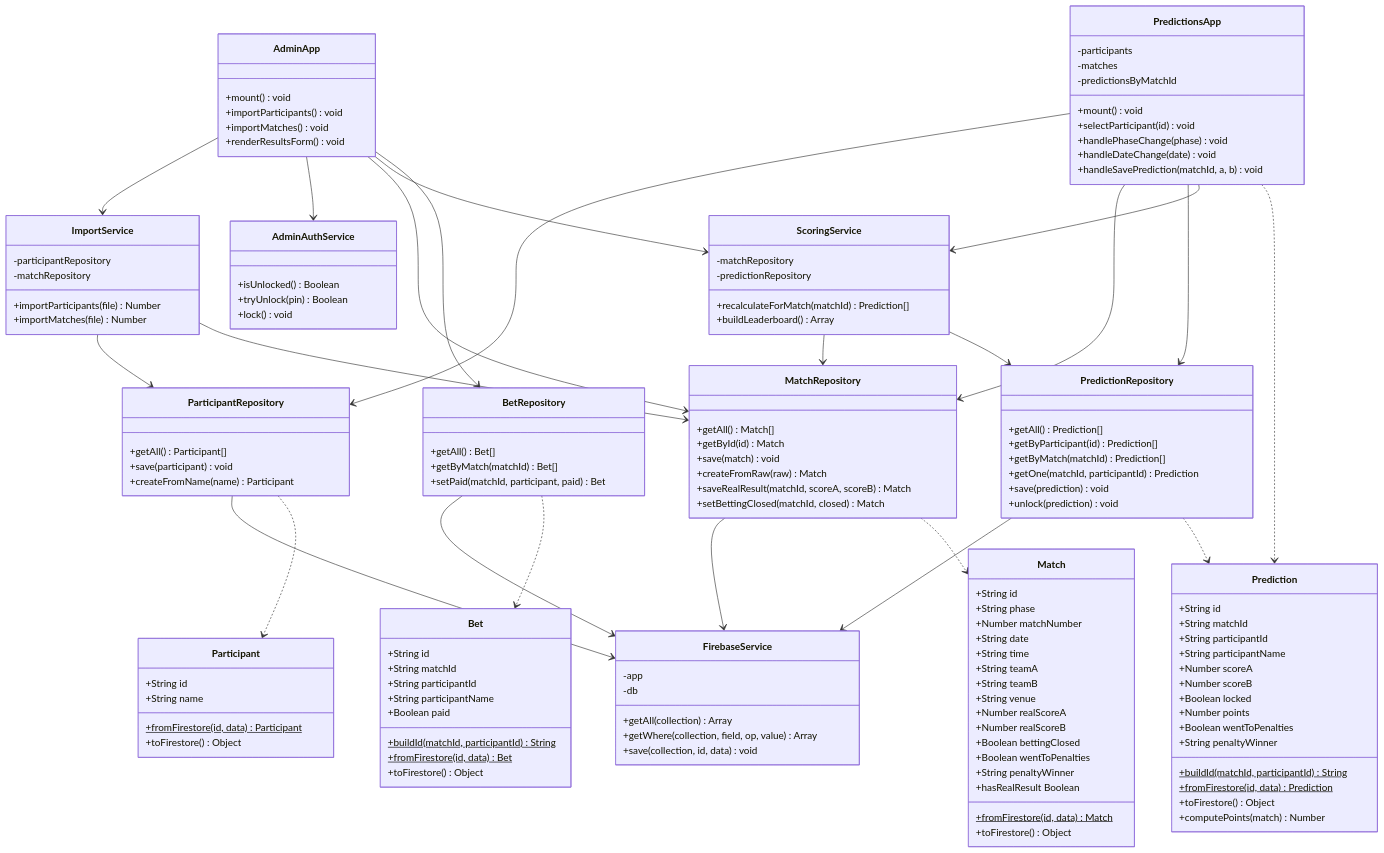
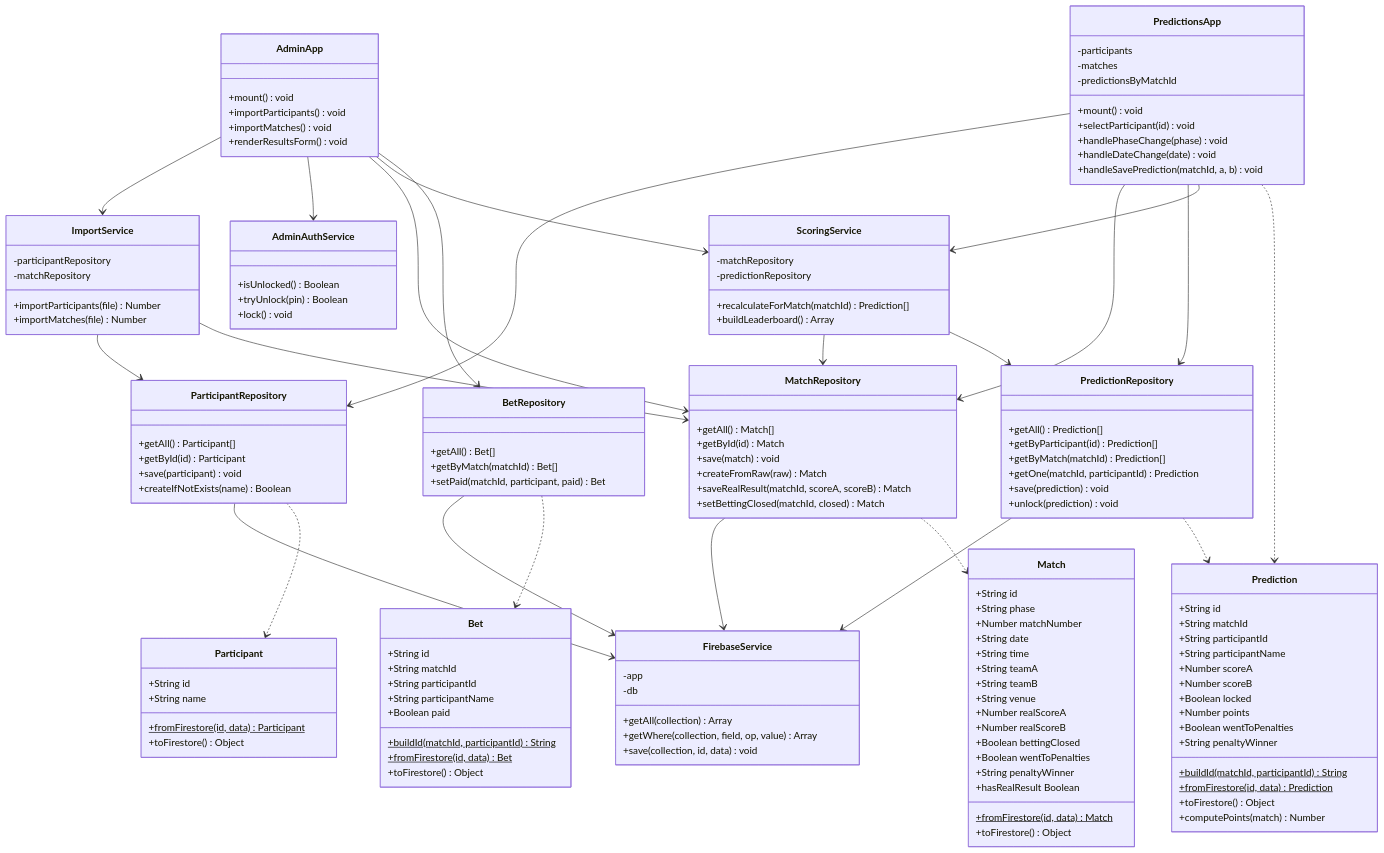
One commit to cristianfchq/WorldCup2026 changed the first of 3 diagrams in docs/UML.md. Above: the diagram before and after it, drawn with Mermaid. The commit also changed 7 other files, not shown here.

```diff
--- a/docs/UML.md
+++ b/docs/UML.md
@@ -68,8 +68,9 @@
 
     class ParticipantRepository {
         +getAll() Participant[]
+        +getById(id) Participant
         +save(participant) void
-        +createFromName(name) Participant
+        +createIfNotExists(name) Boolean
     }
 
     class MatchRepository {
```
